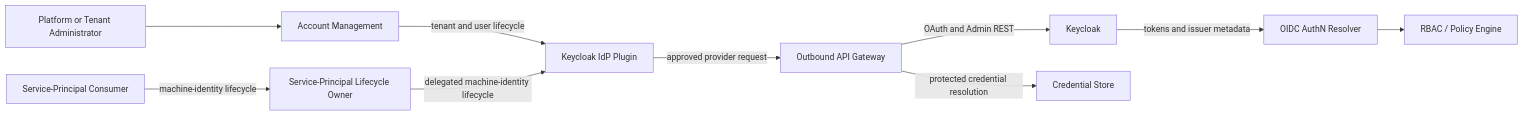
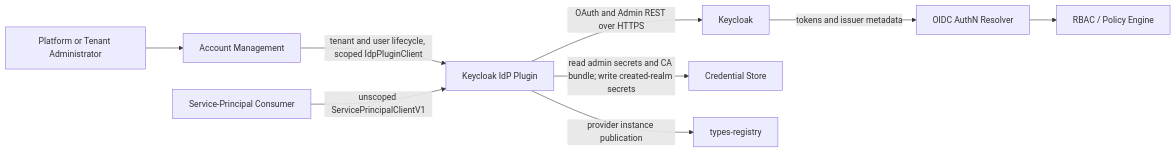
One commit to constructorfabric/gears-rust changed the diagram in gears/system/account-management/plugins/keycloak-idp-plugin/docs/PRD.md. Above: the diagram before and after it, drawn with Mermaid. The commit also changed other lines of this file and 1 other file, not shown here.

First line of the commit message:
docs(keycloak-idp-plugin): align PRD and DESIGN with the ported implementation

````diff
--- a/gears/system/account-management/plugins/keycloak-idp-plugin/docs/PRD.md
+++ b/gears/system/account-management/plugins/keycloak-idp-plugin/docs/PRD.md
@@ -145,23 +143,21 @@
 ```mermaid
 flowchart LR
     Admin[Platform or Tenant Administrator]
     Consumer[Service-Principal Consumer]
     AM[Account Management]
-    Owner[Service-Principal Lifecycle Owner]
     Plugin[Keycloak IdP Plugin]
-    OAGW[Outbound API Gateway]
     KC[Keycloak]
     CS[Credential Store]
+    TR[types-registry]
     AuthN[OIDC AuthN Resolver]
     PDP[RBAC / Policy Engine]
 
     Admin --> AM
-    Consumer -->|machine-identity lifecycle| Owner
-    AM -->|tenant and user lifecycle| Plugin
-    Owner -->|delegated machine-identity lifecycle| Plugin
-    Plugin -->|approved provider request| OAGW
-    OAGW -->|OAuth and Admin REST| KC
-    OAGW -->|protected credential resolution| CS
+    AM -->|tenant and user lifecycle, scoped IdpPluginClient| Plugin
+    Consumer -->|unscoped ServicePrincipalClientV1| Plugin
+    Plugin -->|OAuth and Admin REST over HTTPS| KC
+    Plugin -->|read admin secrets and CA bundle; write created-realm secrets| CS
+    Plugin -->|provider instance publication| TR
     KC -->|tokens and issuer metadata| AuthN
     AuthN --> PDP
 ```
````
